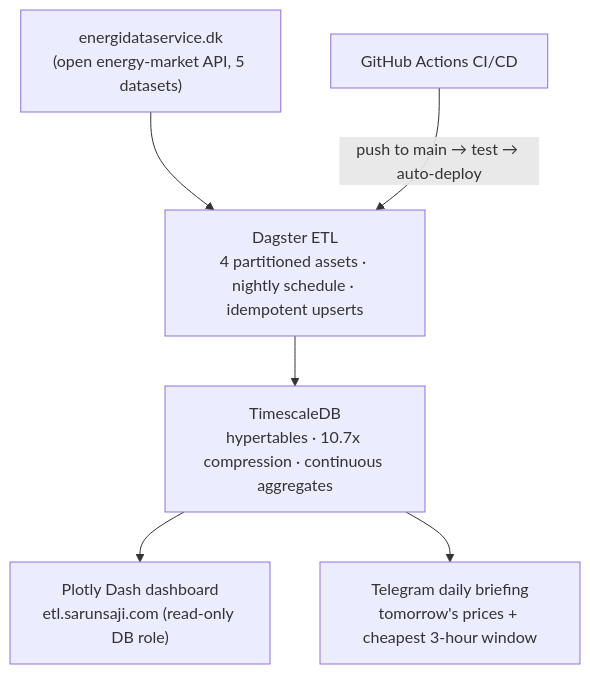
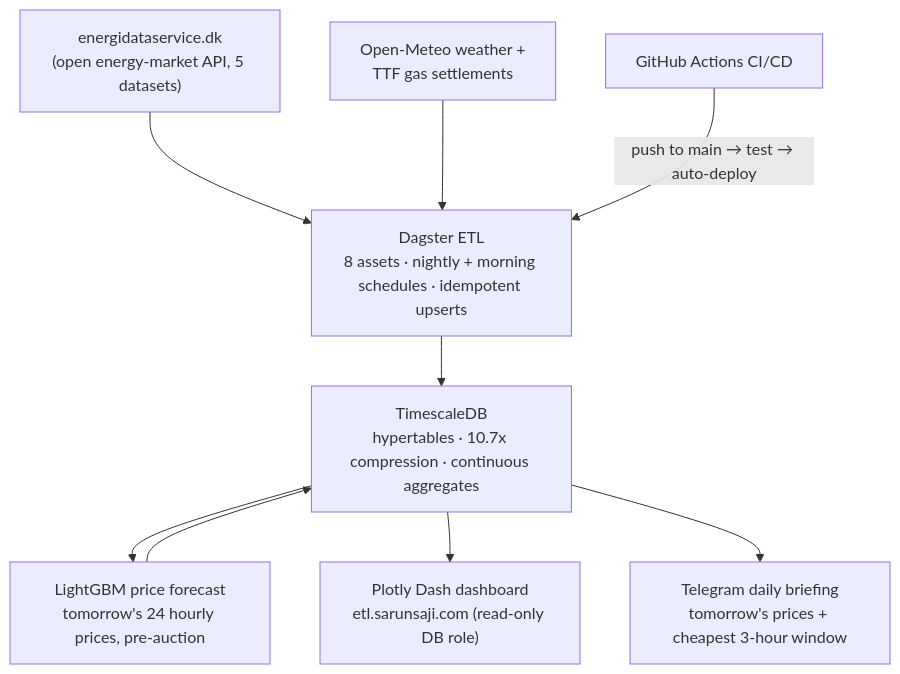
Before and after one commit to SarunSaji31/SarunSaji31: the first of 3 diagrams in README.md, drawn with Mermaid. The commit also changed other lines of this file, not shown here.

Commit message:
docs: add ML price forecasting to energy pipeline section (LightGBM, leak-free features, MAE 0.19 vs 0.29 naive)

````diff
--- a/README.md
+++ b/README.md
@@ -25,8 +26,11 @@
 ```mermaid
 flowchart TD
-    A["energidataservice.dk<br/>(open energy-market API, 5 datasets)"] --> B["Dagster ETL<br/>4 partitioned assets · nightly schedule · idempotent upserts"]
+    A["energidataservice.dk<br/>(open energy-market API, 5 datasets)"] --> B["Dagster ETL<br/>8 assets · nightly + morning schedules · idempotent upserts"]
+    A2["Open-Meteo weather +<br/>TTF gas settlements"] --> B
     B --> C["TimescaleDB<br/>hypertables · 10.7x compression · continuous aggregates"]
+    C --> M["LightGBM price forecast<br/>tomorrow's 24 hourly prices, pre-auction"]
+    M --> C
     C --> D["Plotly Dash dashboard<br/>etl.sarunsaji.com (read-only DB role)"]
     C --> E["Telegram daily briefing<br/>tomorrow's prices + cheapest 3-hour window"]
     F["GitHub Actions CI/CD"] -- "push to main → test → auto-deploy" --> B
 ```
````
